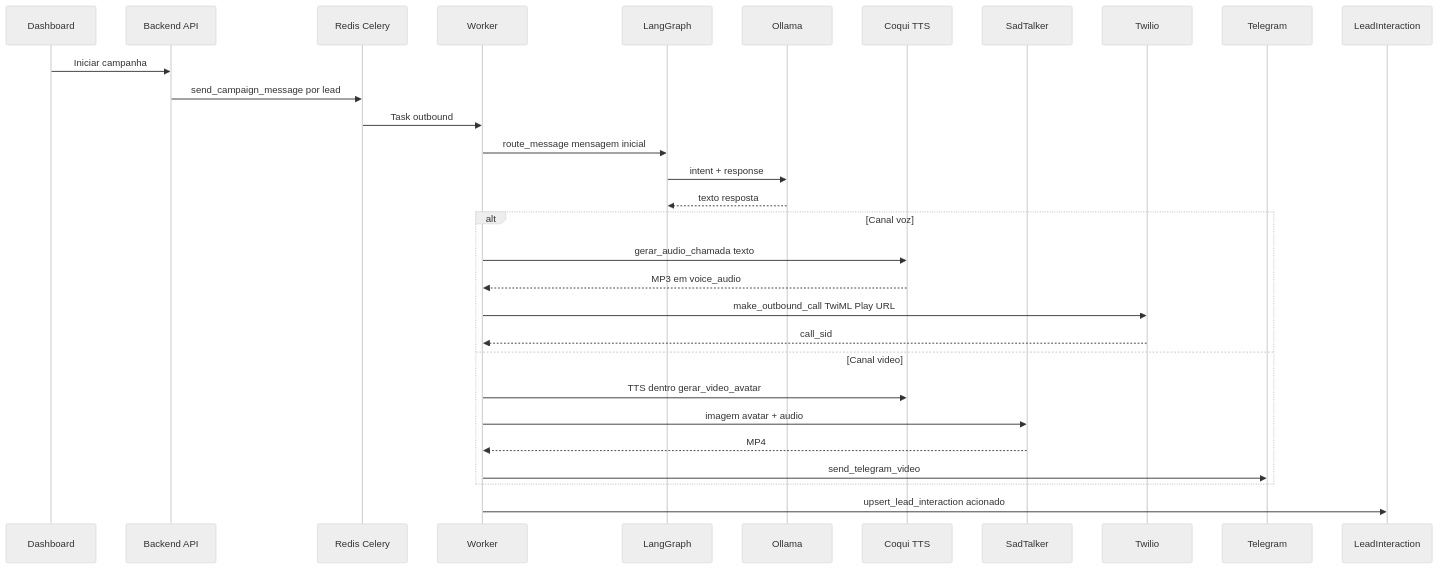
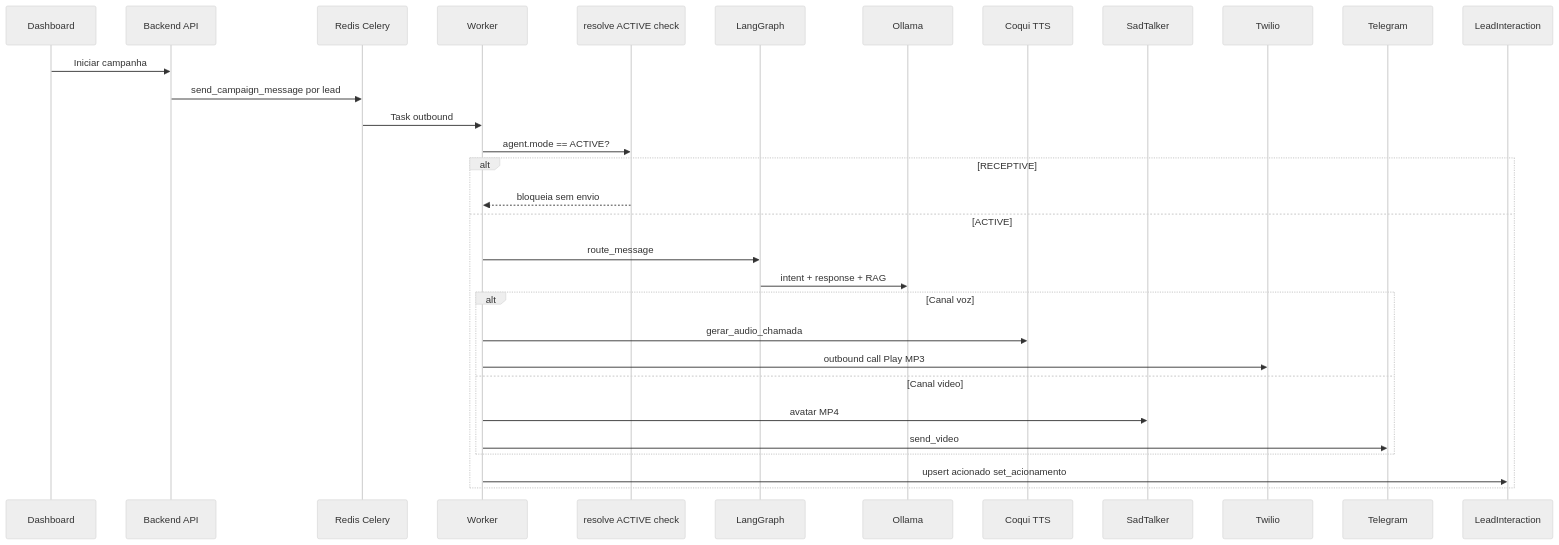
The fourth of 5 diagrams in README.md (ersjunior/autonomous-agent), drawn with Mermaid (neutral theme) before and after one commit. The commit also changed other lines of this file and 52 other files, not shown here.

````diff
--- a/README.md
+++ b/README.md
@@ -193,35 +307,34 @@
 ```mermaid
 sequenceDiagram
   participant UI as Dashboard
   participant API as Backend API
   participant Q as Redis Celery
   participant W as Worker
+  participant R as resolve ACTIVE check
   participant G as LangGraph
   participant OL as Ollama
   participant CQ as Coqui TTS
   participant ST as SadTalker
   participant TW as Twilio
   participant TG as Telegram
   participant DB as LeadInteraction
 
   UI->>API: Iniciar campanha
   API->>Q: send_campaign_message por lead
   Q->>W: Task outbound
-  W->>G: route_message mensagem inicial
-  G->>OL: intent + response
-  OL-->>G: texto resposta
-
-  alt Canal voz
-    W->>CQ: gerar_audio_chamada texto
-    CQ-->>W: MP3 em voice_audio
-    W->>TW: make_outbound_call TwiML Play URL
-    TW-->>W: call_sid
-  else Canal video
-    W->>CQ: TTS dentro gerar_video_avatar
-    W->>ST: imagem avatar + audio
-    ST-->>W: MP4
-    W->>TG: send_telegram_video
+  W->>R: agent.mode == ACTIVE?
+  alt RECEPTIVE
+    R-->>W: bloqueia sem envio
+  else ACTIVE
+    W->>G: route_message
+    G->>OL: intent + response + RAG
+    alt Canal voz
+      W->>CQ: gerar_audio_chamada
+      W->>TW: outbound call Play MP3
+    else Canal video
+      W->>ST: avatar MP4
+      W->>TG: send_video
+    end
+    W->>DB: upsert acionado set_acionamento
   end
-
-  W->>DB: upsert_lead_interaction acionado
 ```
````
